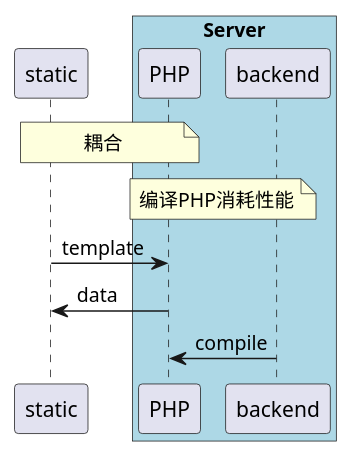
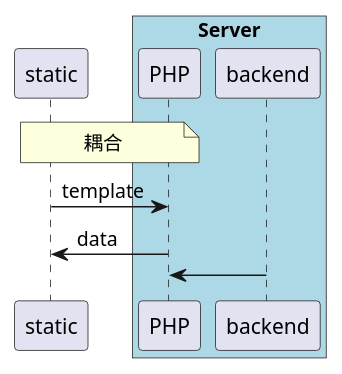
One commit to sinbargit/docs changed the diagram in uml/coupling.puml. Above: the diagram before and after it, drawn with PlantUML. The commit also changed 1 other file, not shown here.

Commit message:
fixed coupling UML

```diff
--- a/uml/coupling.puml
+++ b/uml/coupling.puml
@@ -1,18 +1,16 @@
 @startuml
 
 note over static, PHP
 	耦合
 end note
-note over backend, PHP
-	编译PHP消耗性能
-end note
+
 static -> PHP:template
 PHP -> static:data
-backend -> PHP:compile
+backend -> PHP
 
 box "Server" #LightBlue
 	participant PHP
 	participant backend
 end box
 
 @enduml
```
